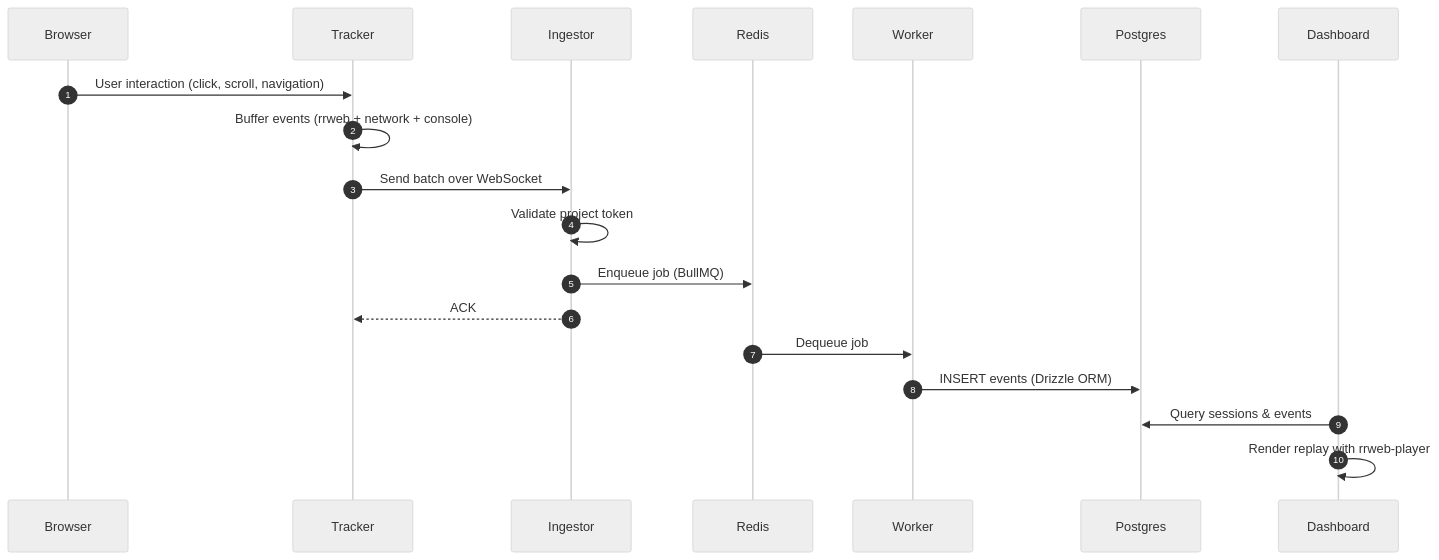
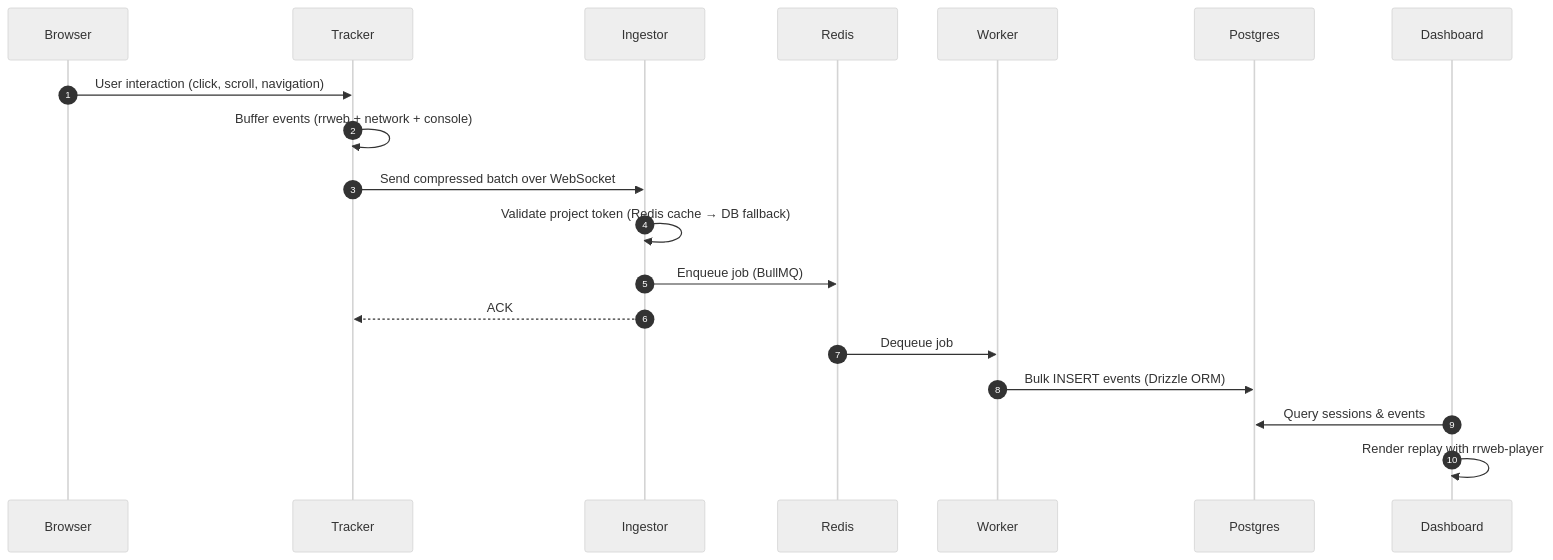
The second of 2 diagrams in README.md (Parth308/rewind), drawn with Mermaid (neutral theme) before and after one commit. The commit also changed other lines of this file and 3 other files, not shown here.

````diff
--- a/README.md
+++ b/README.md
@@ -142,24 +145,24 @@
 ```mermaid
 sequenceDiagram
     autonumber
     participant Browser
     participant Tracker
     participant Ingestor
     participant Redis
     participant Worker
     participant Postgres
     participant Dashboard
 
     Browser->>Tracker: User interaction (click, scroll, navigation)
     Tracker->>Tracker: Buffer events (rrweb + network + console)
-    Tracker->>Ingestor: Send batch over WebSocket
-    Ingestor->>Ingestor: Validate project token
+    Tracker->>Ingestor: Send compressed batch over WebSocket
+    Ingestor->>Ingestor: Validate project token (Redis cache → DB fallback)
     Ingestor->>Redis: Enqueue job (BullMQ)
     Ingestor-->>Tracker: ACK
 
     Redis->>Worker: Dequeue job
-    Worker->>Postgres: INSERT events (Drizzle ORM)
+    Worker->>Postgres: Bulk INSERT events (Drizzle ORM)
 
     Dashboard->>Postgres: Query sessions & events
     Dashboard->>Dashboard: Render replay with rrweb-player
 ```
````
